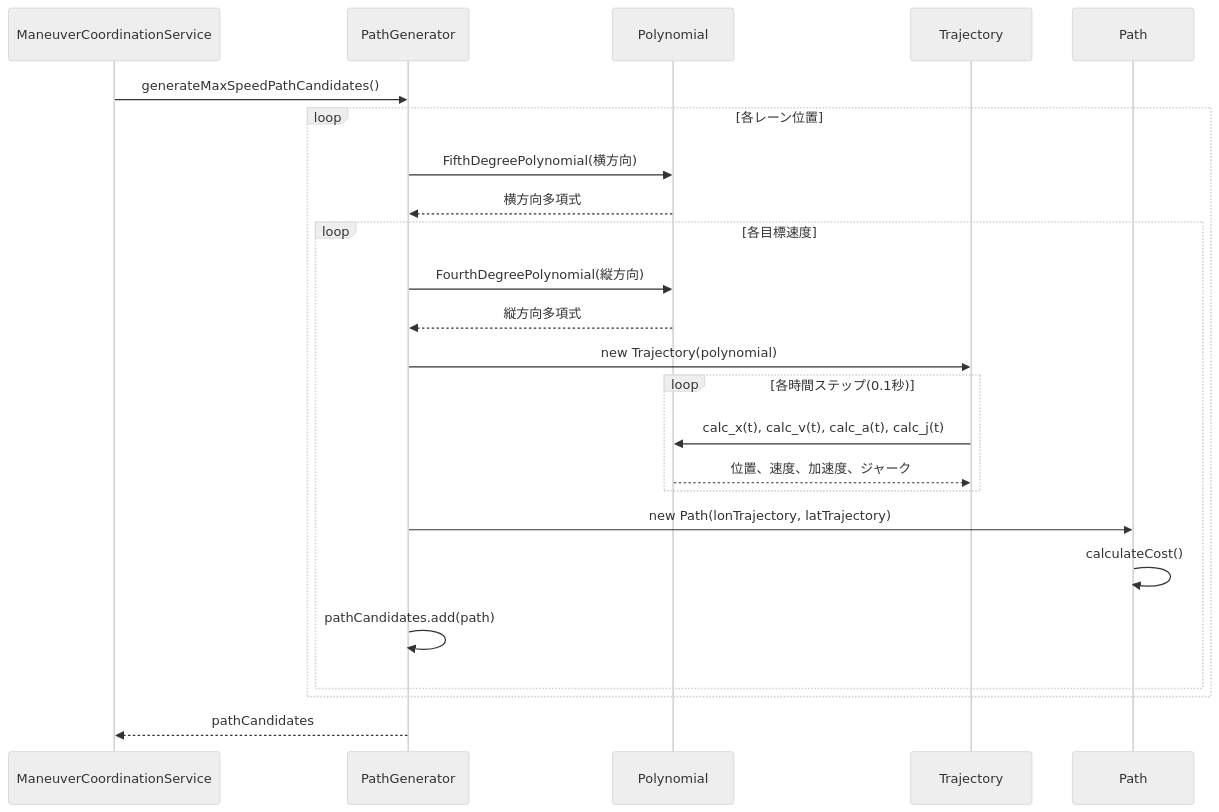
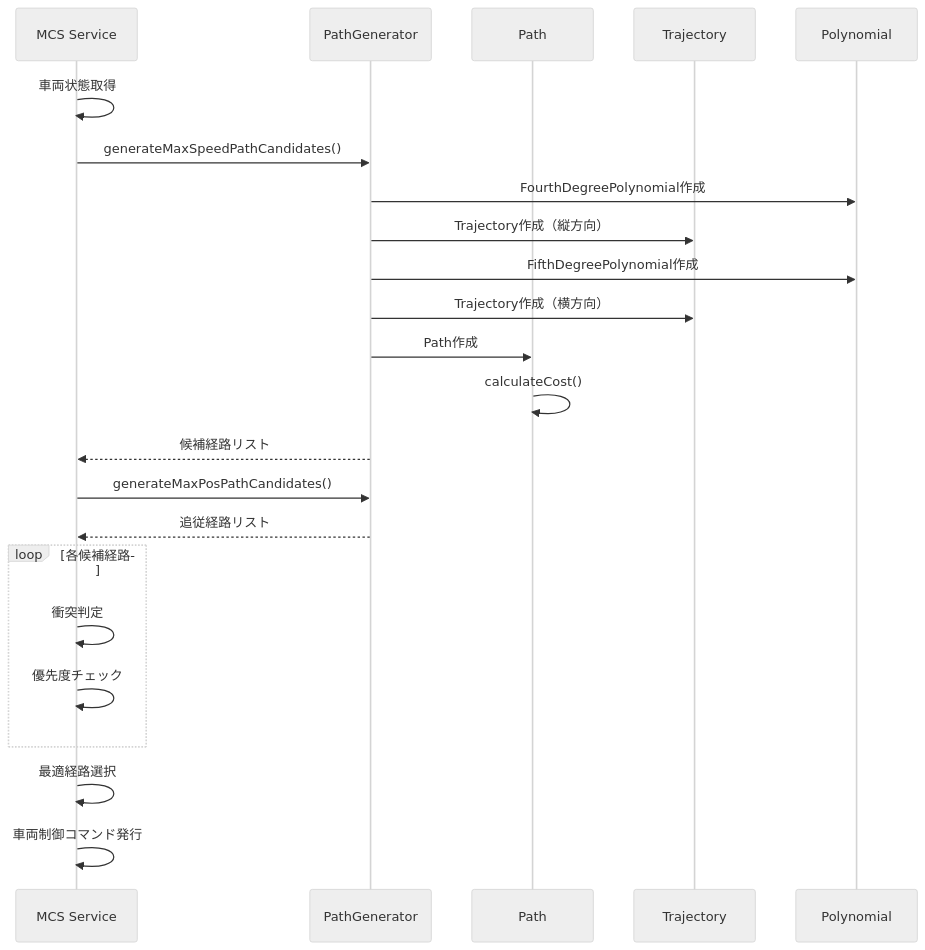
Before and after one commit to n7n788/OpenCV2X: the third of 3 diagrams in README.md, drawn with Mermaid (neutral theme). The commit also changed other lines of this file and 2 other files, not shown here.

````diff
--- a/README.md
+++ b/README.md
@@ -227,33 +190,29 @@
 ```mermaid
 sequenceDiagram
-    participant MCS as ManeuverCoordinationService
+    participant MCS as MCS Service
     participant PG as PathGenerator
-    participant P as Polynomial
-    participant T as Trajectory
-    participant Path
+    participant Path as Path
+    participant Traj as Trajectory
+    participant Poly as Polynomial
 
+    MCS->>MCS: 車両状態取得
     MCS->>PG: generateMaxSpeedPathCandidates()
-    
-    loop 各レーン位置
-        PG->>P: FifthDegreePolynomial(横方向)
-        P-->>PG: 横方向多項式
-        
-        loop 各目標速度
-            PG->>P: FourthDegreePolynomial(縦方向)
-            P-->>PG: 縦方向多項式
-            
-            PG->>T: new Trajectory(polynomial)
-            loop 各時間ステップ(0.1秒)
-                T->>P: calc_x(t), calc_v(t), calc_a(t), calc_j(t)
-                P-->>T: 位置、速度、加速度、ジャーク
-            end
-            
-            PG->>Path: new Path(lonTrajectory, latTrajectory)
-            Path->>Path: calculateCost()
-            
-            PG->>PG: pathCandidates.add(path)
-        end
+    PG->>Poly: FourthDegreePolynomial作成
+    PG->>Traj: Trajectory作成（縦方向）
+    PG->>Poly: FifthDegreePolynomial作成
+    PG->>Traj: Trajectory作成（横方向）
+    PG->>Path: Path作成
+    Path->>Path: calculateCost()
+    PG-->>MCS: 候補経路リスト
+
+    MCS->>PG: generateMaxPosPathCandidates()
+    PG-->>MCS: 追従経路リスト
+
+    loop 各候補経路
+        MCS->>MCS: 衝突判定
+        MCS->>MCS: 優先度チェック
     end
-    
-    PG-->>MCS: pathCandidates
+
+    MCS->>MCS: 最適経路選択
+    MCS->>MCS: 車両制御コマンド発行
 ```
````
